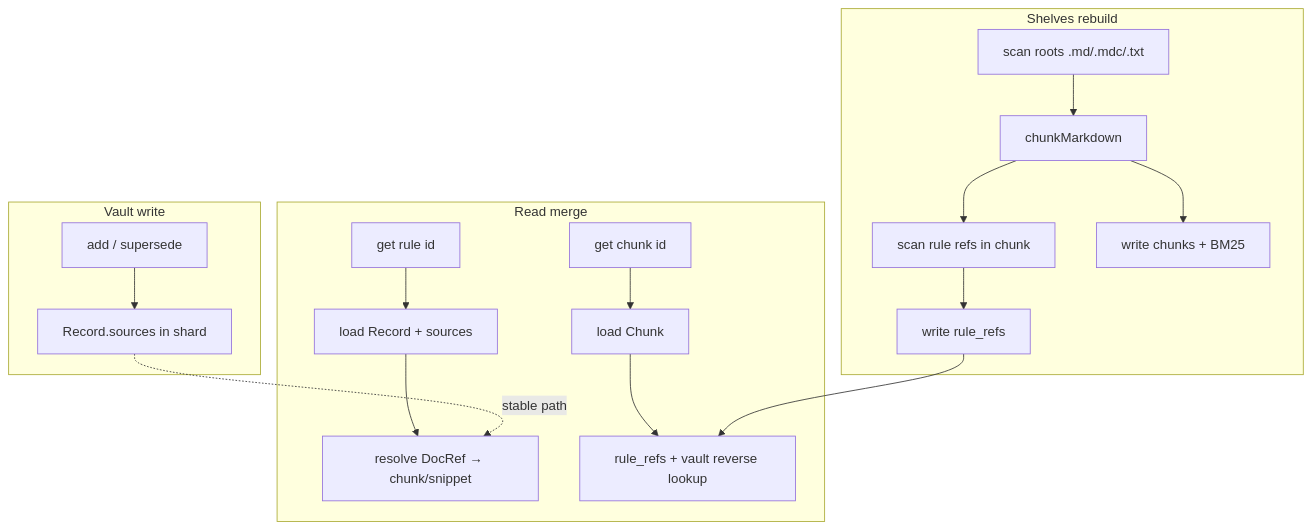
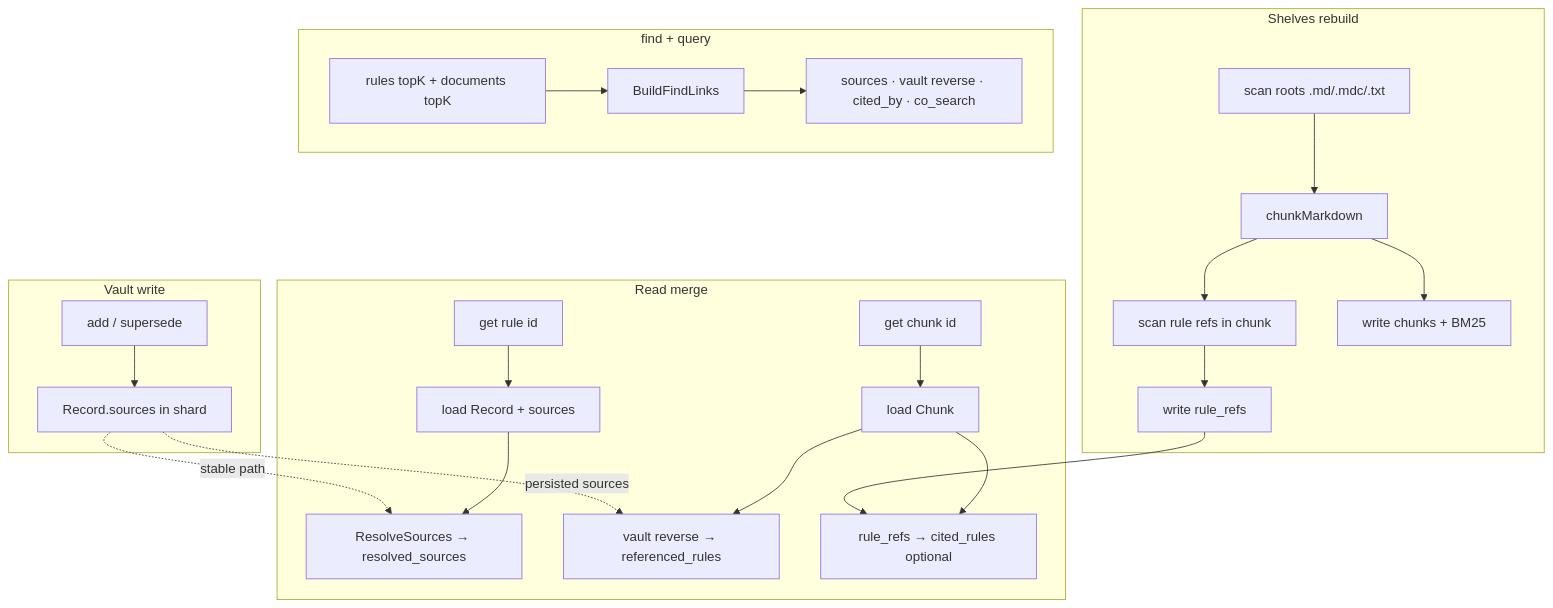
One commit to SteamedBread2333/imprint changed the diagram in docs/imprint-shelves-linking.md. Above: the diagram before and after it, drawn with Mermaid. The commit also changed other lines of this file and 33 other files, not shown here.

````diff
--- a/docs/imprint-shelves-linking.md
+++ b/docs/imprint-shelves-linking.md
@@ -164,23 +179,30 @@
 ```mermaid
 flowchart TB
   subgraph vault_write [Vault write]
     A[add / supersede] --> B[Record.sources in shard]
   end
 
   subgraph shelves_rebuild [Shelves rebuild]
     C[scan roots .md/.mdc/.txt] --> D[chunkMarkdown]
     D --> E[scan rule refs in chunk]
     E --> F[write rule_refs]
     D --> G[write chunks + BM25]
   end
 
   subgraph read_path [Read merge]
     H[get rule id] --> I[load Record + sources]
-    I --> J[resolve DocRef → chunk/snippet]
+    I --> J[ResolveSources → resolved_sources]
     K[get chunk id] --> L[load Chunk]
-    L --> M[rule_refs + vault reverse lookup]
+    L --> M[vault reverse → referenced_rules]
+    L --> N[rule_refs → cited_rules optional]
+    F --> N
+  end
+
+  subgraph find_path [find + query]
+    P[rules topK + documents topK] --> Q[BuildFindLinks]
+    Q --> R[sources · vault reverse · cited_by · co_search]
   end
 
   B -.->|stable path| J
-  F --> M
+  B -.->|persisted sources| M
 ```
````
